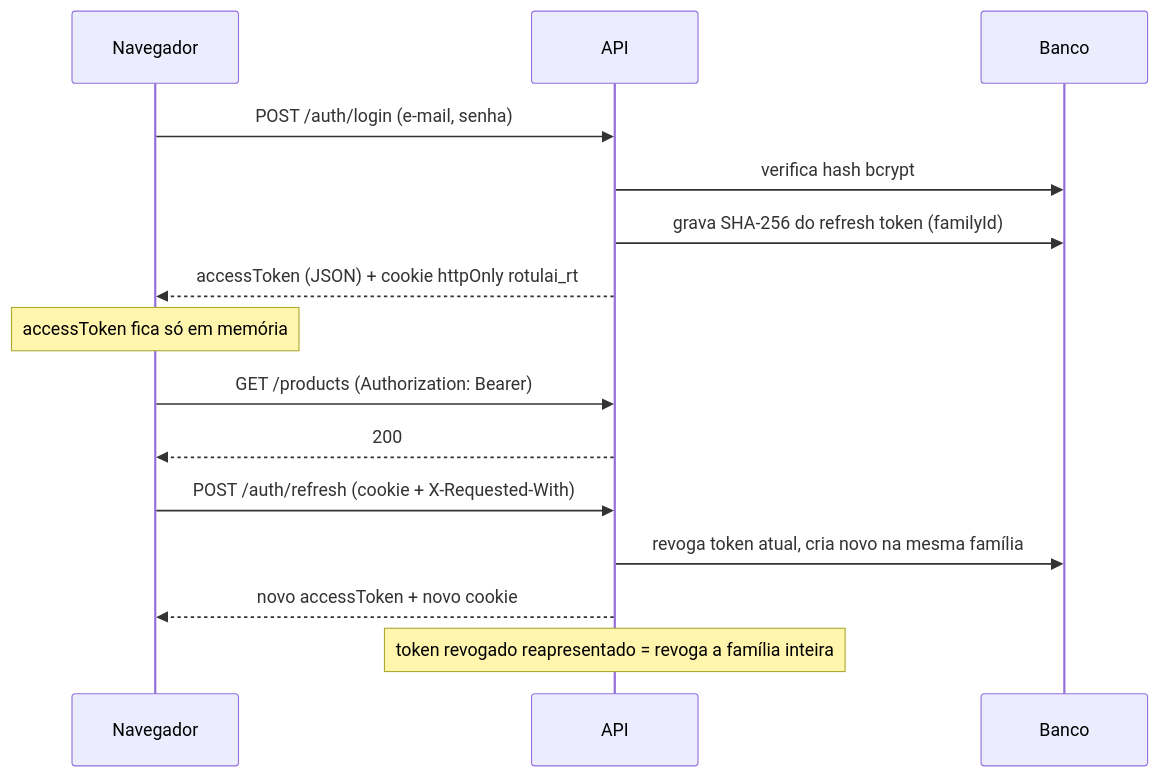
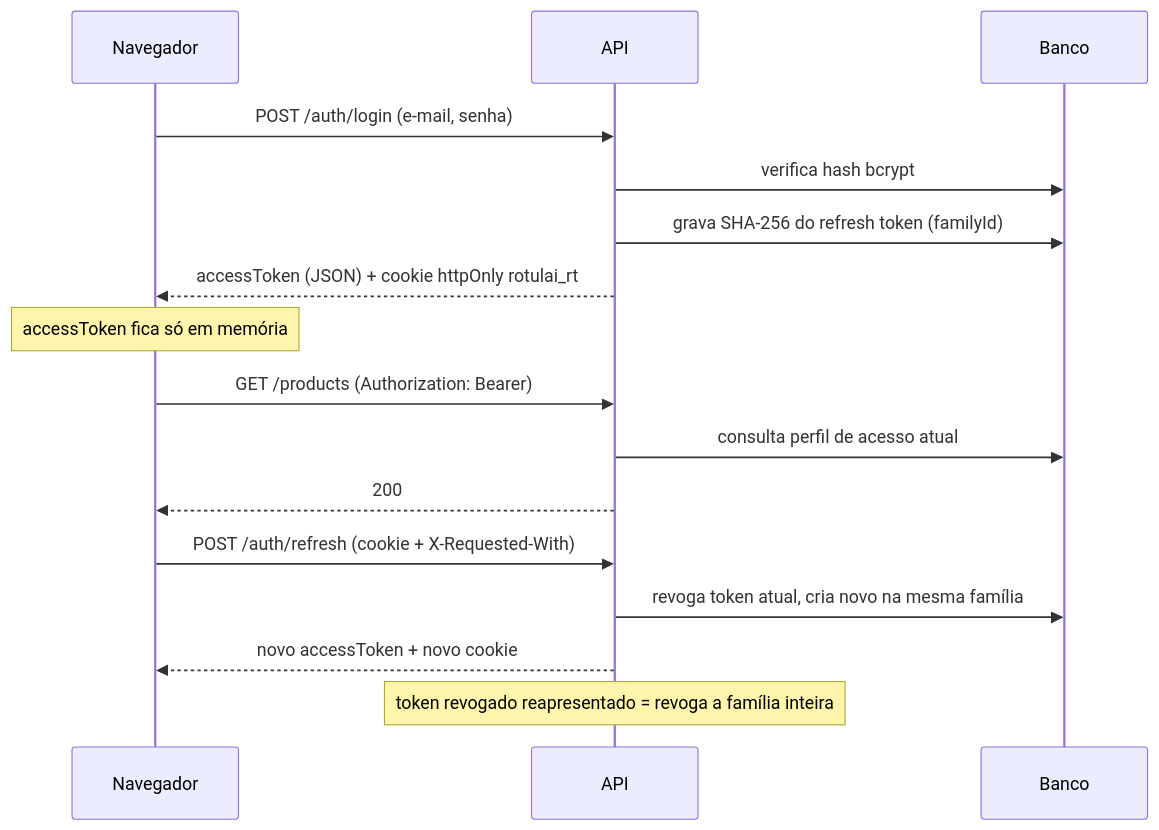
Before and after one commit to MilenaAmaral/RotulAI: the third of 3 diagrams in docs/ARQUITETURA.md, drawn with Mermaid. The commit also changed other lines of this file and 44 other files, not shown here.

````diff
--- a/docs/ARQUITETURA.md
+++ b/docs/ARQUITETURA.md
@@ -65,17 +75,18 @@
 ```mermaid
 sequenceDiagram
   participant B as Navegador
   participant A as API
   participant D as Banco
   B->>A: POST /auth/login (e-mail, senha)
   A->>D: verifica hash bcrypt
   A->>D: grava SHA-256 do refresh token (familyId)
   A-->>B: accessToken (JSON) + cookie httpOnly rotulai_rt
   Note over B: accessToken fica só em memória
   B->>A: GET /products (Authorization: Bearer)
+  A->>D: consulta perfil de acesso atual
   A-->>B: 200
   B->>A: POST /auth/refresh (cookie + X-Requested-With)
   A->>D: revoga token atual, cria novo na mesma família
   A-->>B: novo accessToken + novo cookie
   Note over A: token revogado reapresentado = revoga a família inteira
 ```
````
